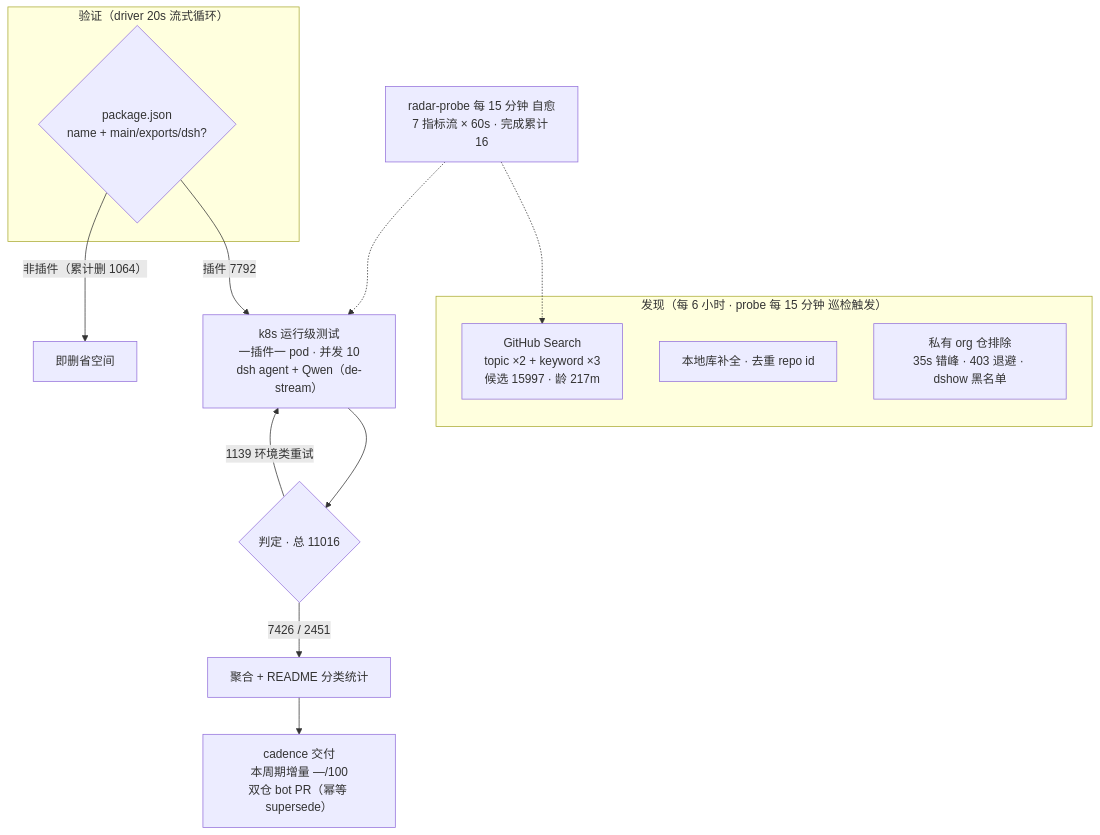
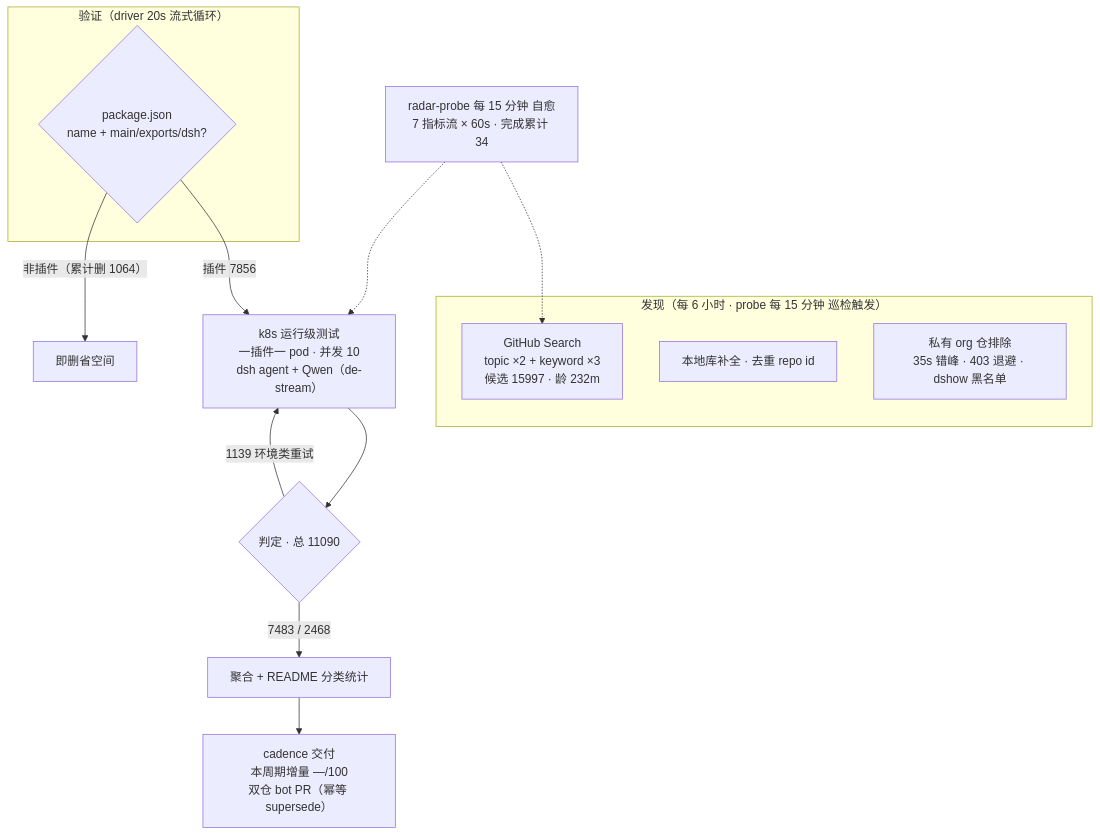
The diagram in README.md (Zhidao-Lab-OSS/awesome-dsh-plugins), drawn with Mermaid before and after one commit. The commit also changed other lines of this file and 1 other file, not shown here.

````diff
--- a/README.md
+++ b/README.md
@@ -37,20 +37,20 @@
 ```mermaid
 flowchart TB
     subgraph Discovery["发现（每 6 小时 · probe 每 15 分钟 巡检触发）"]
-        A1["GitHub Search<br/>topic ×2 + keyword ×3<br/>候选 15997 · 龄 217m"]
+        A1["GitHub Search<br/>topic ×2 + keyword ×3<br/>候选 15997 · 龄 232m"]
         A2["本地库补全 · 去重 repo id"]
         A3["私有 org 仓排除<br/>35s 错峰 · 403 退避 · dshow 黑名单"]
     end
     subgraph Validation["验证（driver 20s 流式循环）"]
         B1{"package.json<br/>name + main/exports/dsh?"}
     end
-    B1 -->|"插件 7792"| C1["k8s 运行级测试<br/>一插件一 pod · 并发 10<br/>dsh agent + Qwen（de-stream）"]
+    B1 -->|"插件 7856"| C1["k8s 运行级测试<br/>一插件一 pod · 并发 10<br/>dsh agent + Qwen（de-stream）"]
     B1 -->|"非插件（累计删 1064）"| B3["即删省空间"]
-    C1 --> D1{"判定 · 总 11016"}
-    D1 -->|"7426 / 2451"| E1["聚合 + README 分类统计"]
+    C1 --> D1{"判定 · 总 11090"}
+    D1 -->|"7483 / 2468"| E1["聚合 + README 分类统计"]
     D1 -->|"1139 环境类重试"| C1
     E1 --> E2["cadence 交付<br/>本周期增量 —/100<br/>双仓 bot PR（幂等 supersede）"]
-    M["radar-probe 每 15 分钟 自愈<br/>7 指标流 × 60s · 完成累计 16"]
+    M["radar-probe 每 15 分钟 自愈<br/>7 指标流 × 60s · 完成累计 34"]
     M -.-> A1
     M -.-> C1
 ```
````
